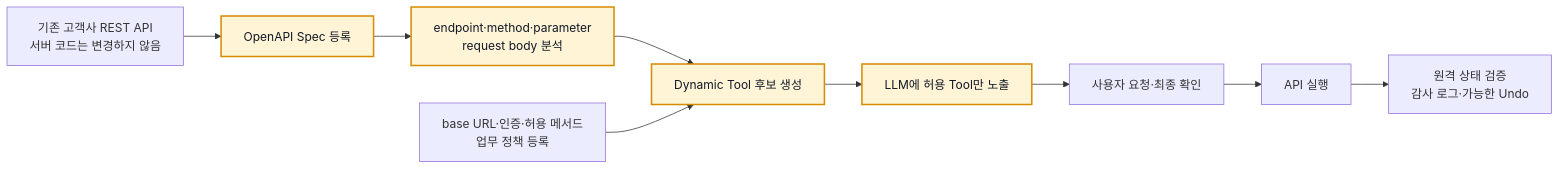
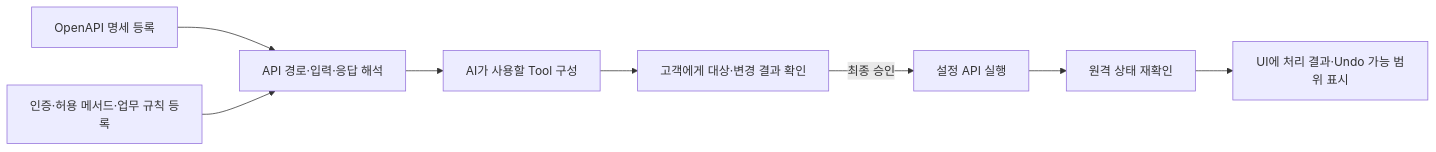
Before and after one commit to hak023/sip_pbx: the seventh of 8 diagrams in docs/AI_SERVICE_AGENT_SERVICE_INTRODUCTION.md, drawn with Mermaid. The commit also changed other lines of this file and 3 other files, not shown here.

````diff
--- a/docs/AI_SERVICE_AGENT_SERVICE_INTRODUCTION.md
+++ b/docs/AI_SERVICE_AGENT_SERVICE_INTRODUCTION.md
@@ -424,14 +176,10 @@
 ```mermaid
 flowchart LR
-    S[기존 고객사 REST API\n서버 코드는 변경하지 않음] --> O[OpenAPI Spec 등록]
-    O --> P[endpoint·method·parameter\nrequest body 분석]
-    P --> X[Dynamic Tool 후보 생성]
-    A[base URL·인증·허용 메서드\n업무 정책 등록] --> X
-    X --> L[LLM에 허용 Tool만 노출]
-    L --> C[사용자 요청·최종 확인]
-    C --> E[API 실행]
-    E --> V[원격 상태 검증\n감사 로그·가능한 Undo]
-
-    classDef core fill:#FFF4D6,stroke:#D68A00,stroke-width:2px,color:#111827;
-    class O,P,X,L core;
+    O[OpenAPI 명세 등록] --> D[API 경로·입력·응답 해석]
+    P[인증·허용 메서드·업무 규칙 등록] --> D
+    D --> T[AI가 사용할 Tool 구성]
+    T --> C[고객에게 대상·변경 결과 확인]
+    C -->|최종 승인| E[설정 API 실행]
+    E --> V[원격 상태 재확인]
+    V --> R[UI에 처리 결과·Undo 가능 범위 표시]
 ```
````
